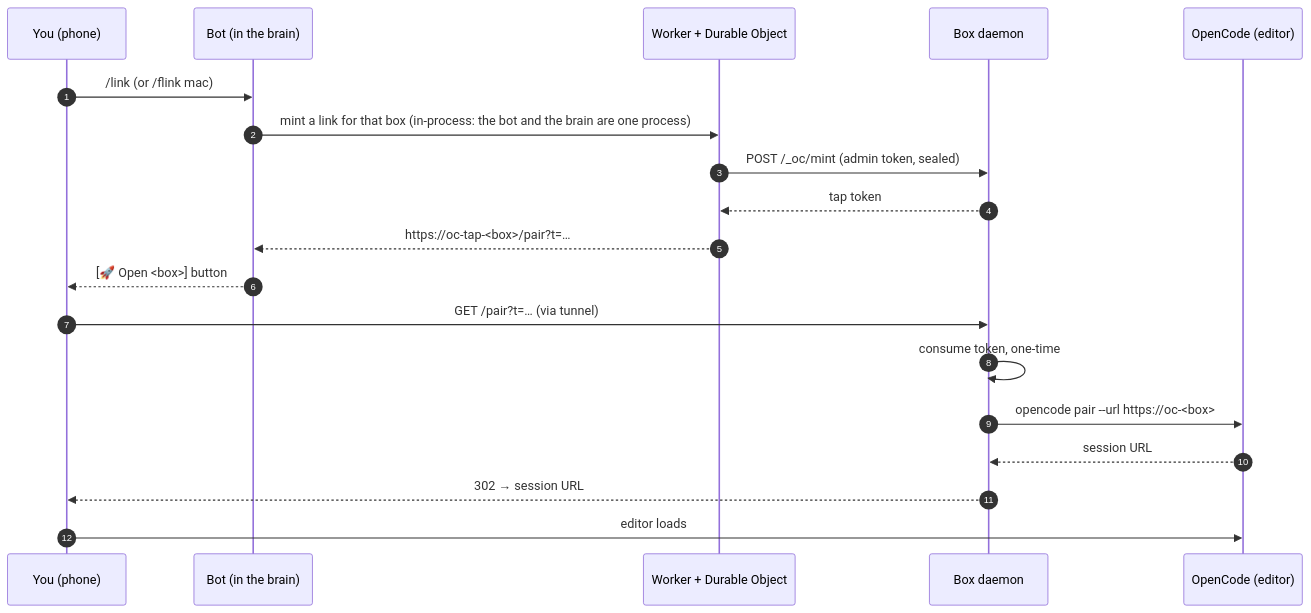
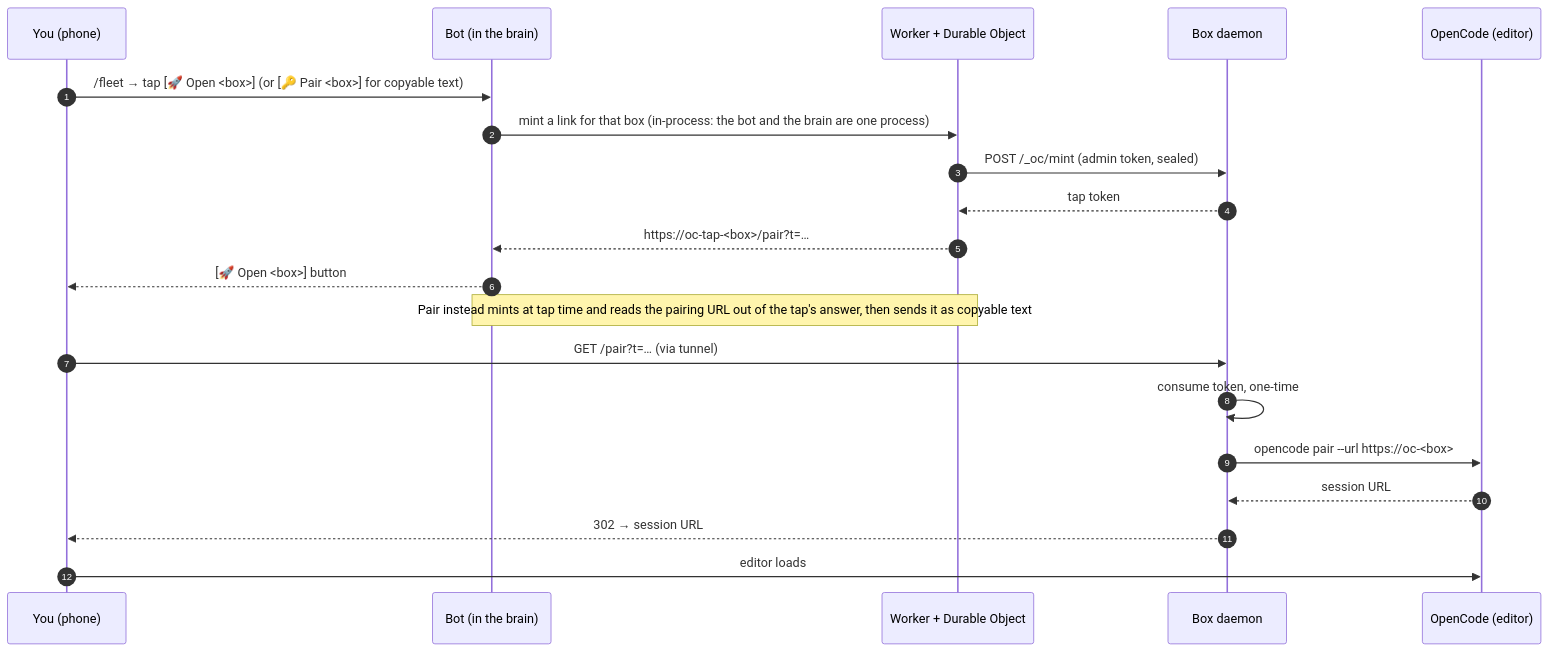
Before and after one commit to mfenderov/ocd: the second of 4 diagrams in docs/architecture.md, drawn with Mermaid. The commit also changed other lines of this file and 11 other files, not shown here.

Commit message:
feat(worker): the fleet board owns every link; /flink, /link and /login are gone

````diff
--- a/docs/architecture.md
+++ b/docs/architecture.md
@@ -66,22 +66,23 @@
 ```mermaid
 sequenceDiagram
   autonumber
   participant Y as You (phone)
   participant B as Bot (in the brain)
   participant W as Worker + Durable Object
   participant X as Box daemon
   participant O as OpenCode (editor)
 
-  Y->>B: /link  (or /flink mac)
+  Y->>B: /fleet → tap [🚀 Open <box>] (or [🔑 Pair <box>] for copyable text)
   B->>W: mint a link for that box (in-process: the bot and the brain are one process)
   W->>X: POST /_oc/mint  (admin token, sealed)
   X-->>W: tap token
   W-->>B: https://oc-tap-<box>/pair?t=…
   B-->>Y: [🚀 Open <box>] button
+  Note over B,W: Pair instead mints at tap time and reads the pairing URL out of the tap's answer, then sends it as copyable text
   Y->>X: GET /pair?t=…  (via tunnel)
   X->>X: consume token, one-time
   X->>O: opencode pair --url https://oc-<box>
   O-->>X: session URL
   X-->>Y: 302 → session URL
   Y->>O: editor loads
 ```
````
